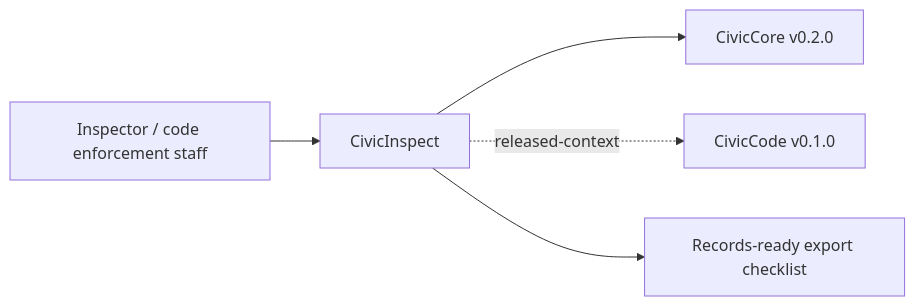
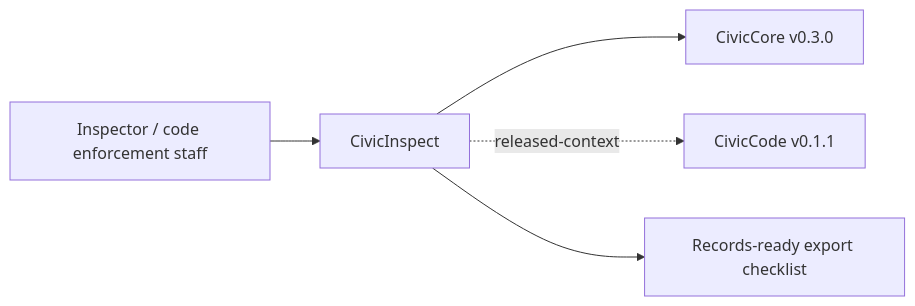
Before and after one commit to CivicSuite/civicinspect: the diagram in USER-MANUAL.md, drawn with Mermaid. The commit also changed other lines of this file and 24 other files, not shown here.

Commit message:
chore: align CivicInspect with civiccore v0.3.0 (#2)

````diff
--- a/USER-MANUAL.md
+++ b/USER-MANUAL.md
@@ -31,7 +31,7 @@
 ```mermaid
 flowchart LR
   Inspector["Inspector / code enforcement staff"] --> CivicInspect["CivicInspect"]
-  CivicInspect --> CivicCore["CivicCore v0.2.0"]
-  CivicInspect -. released-context .-> CivicCode["CivicCode v0.1.0"]
+  CivicInspect --> CivicCore["CivicCore v0.3.0"]
+  CivicInspect -. released-context .-> CivicCode["CivicCode v0.1.1"]
   CivicInspect --> Export["Records-ready export checklist"]
 ```
````
